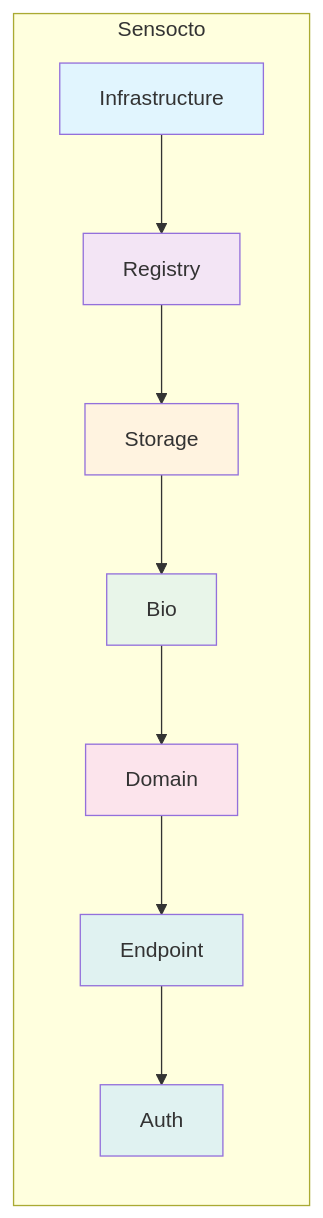
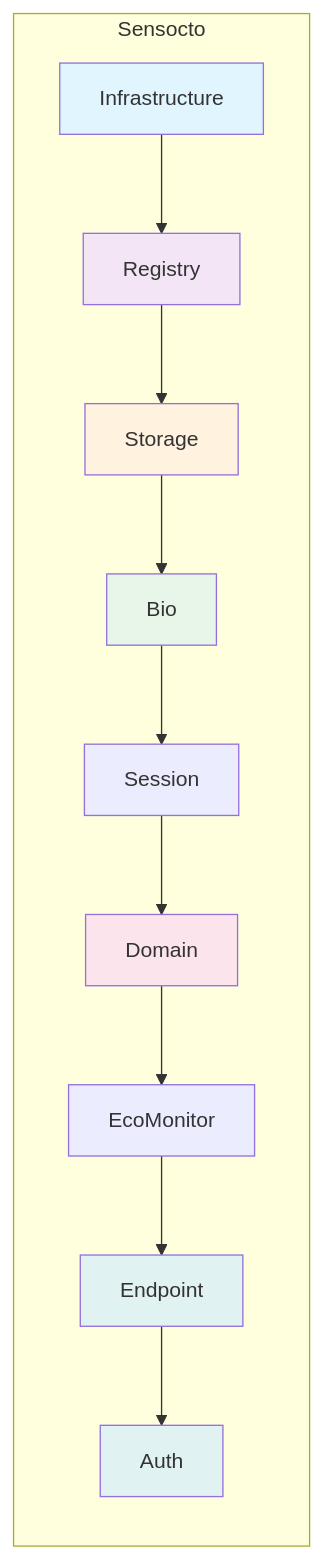
The second of 3 diagrams in docs/supervision-tree.md (adiibanez/sensocto), drawn with Mermaid before and after one commit. The commit also changed other lines of this file and 44 other files, not shown here.

````diff
--- a/docs/supervision-tree.md
+++ b/docs/supervision-tree.md
@@ -119,19 +130,21 @@
 ```mermaid
 flowchart LR
     subgraph Sensocto
         A[Infrastructure] --> B[Registry]
         B --> C[Storage]
         C --> D[Bio]
-        D --> E[Domain]
-        E --> F[Endpoint]
+        D --> D2[Session]
+        D2 --> E[Domain]
+        E --> E2[EcoMonitor]
+        E2 --> F[Endpoint]
         F --> G[Auth]
     end
 
     style A fill:#e1f5fe
     style B fill:#f3e5f5
     style C fill:#fff3e0
     style D fill:#e8f5e9
     style E fill:#fce4ec
     style F fill:#e0f2f1
     style G fill:#e0f2f1
 ```
````
